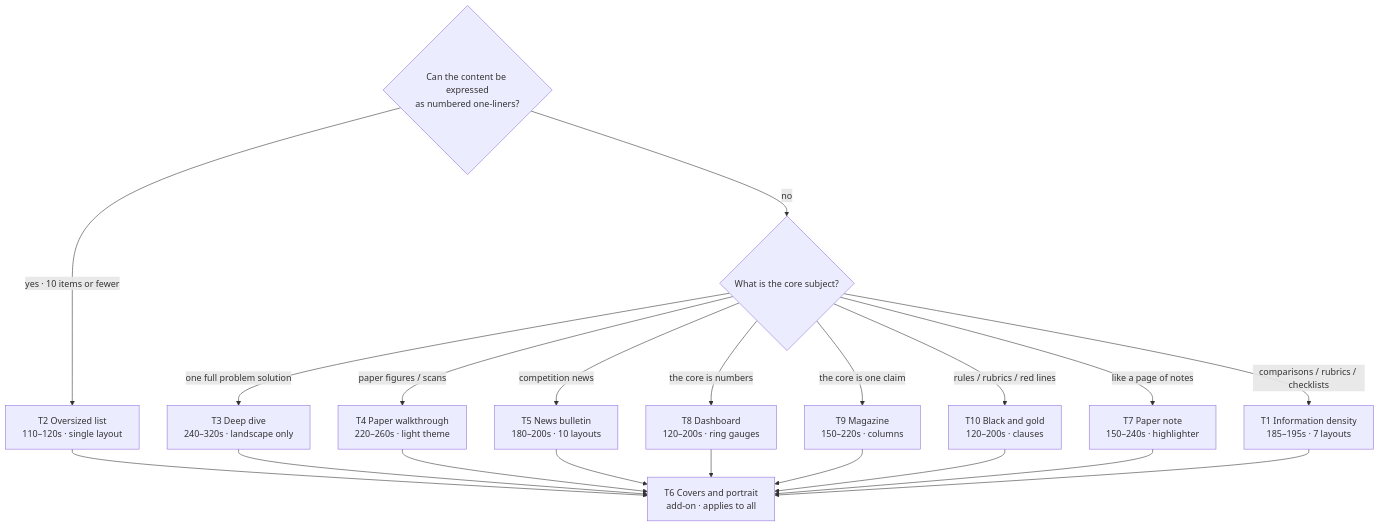
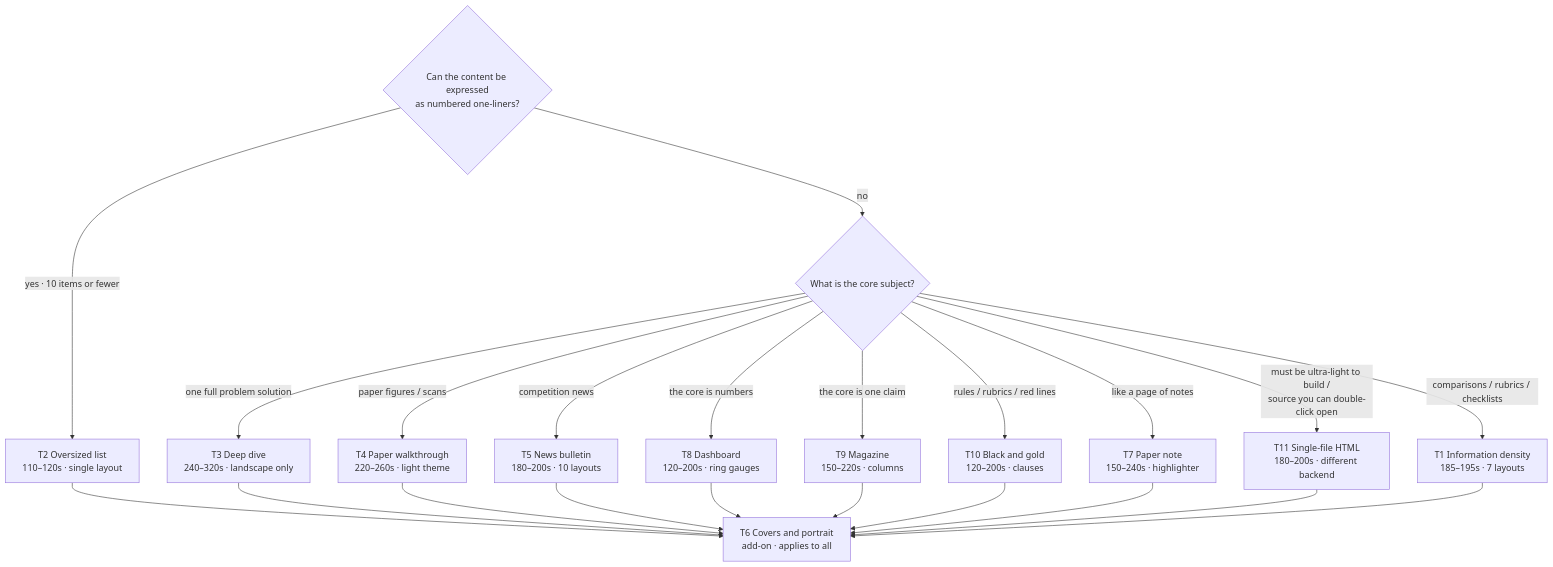
Before and after one commit to SpenBug/mcm-video-pipeline: the third of 5 diagrams in README.en.md, drawn with Mermaid. The commit also changed other lines of this file and 27 other files, not shown here.

````diff
--- a/README.en.md
+++ b/README.en.md
@@ -278,25 +292,27 @@
 ```mermaid
 flowchart TD
     Q0{"Can the content be expressed<br/>as numbered one-liners?"}
     Q0 -->|"yes · 10 items or fewer"| T2["T2 Oversized list<br/>110–120s · single layout"]
     Q0 -->|"no"| Q1{"What is the core subject?"}
 
     Q1 -->|"one full problem solution"| T3["T3 Deep dive<br/>240–320s · landscape only"]
     Q1 -->|"paper figures / scans"| T4["T4 Paper walkthrough<br/>220–260s · light theme"]
     Q1 -->|"competition news"| T5["T5 News bulletin<br/>180–200s · 10 layouts"]
     Q1 -->|"the core is numbers"| T8["T8 Dashboard<br/>120–200s · ring gauges"]
     Q1 -->|"the core is one claim"| T9["T9 Magazine<br/>150–220s · columns"]
     Q1 -->|"rules / rubrics / red lines"| T10["T10 Black and gold<br/>120–200s · clauses"]
     Q1 -->|"like a page of notes"| T7["T7 Paper note<br/>150–240s · highlighter"]
+    Q1 -->|"must be ultra-light to build /<br/>source you can double-click open"| T11["T11 Single-file HTML<br/>180–200s · different backend"]
     Q1 -->|"comparisons / rubrics / checklists"| T1["T1 Information density<br/>185–195s · 7 layouts"]
 
     T1 --> T6["T6 Covers and portrait<br/>add-on · applies to all"]
     T2 --> T6
     T3 --> T6
     T4 --> T6
     T5 --> T6
     T7 --> T6
     T8 --> T6
     T9 --> T6
     T10 --> T6
+    T11 --> T6
 ```
````
